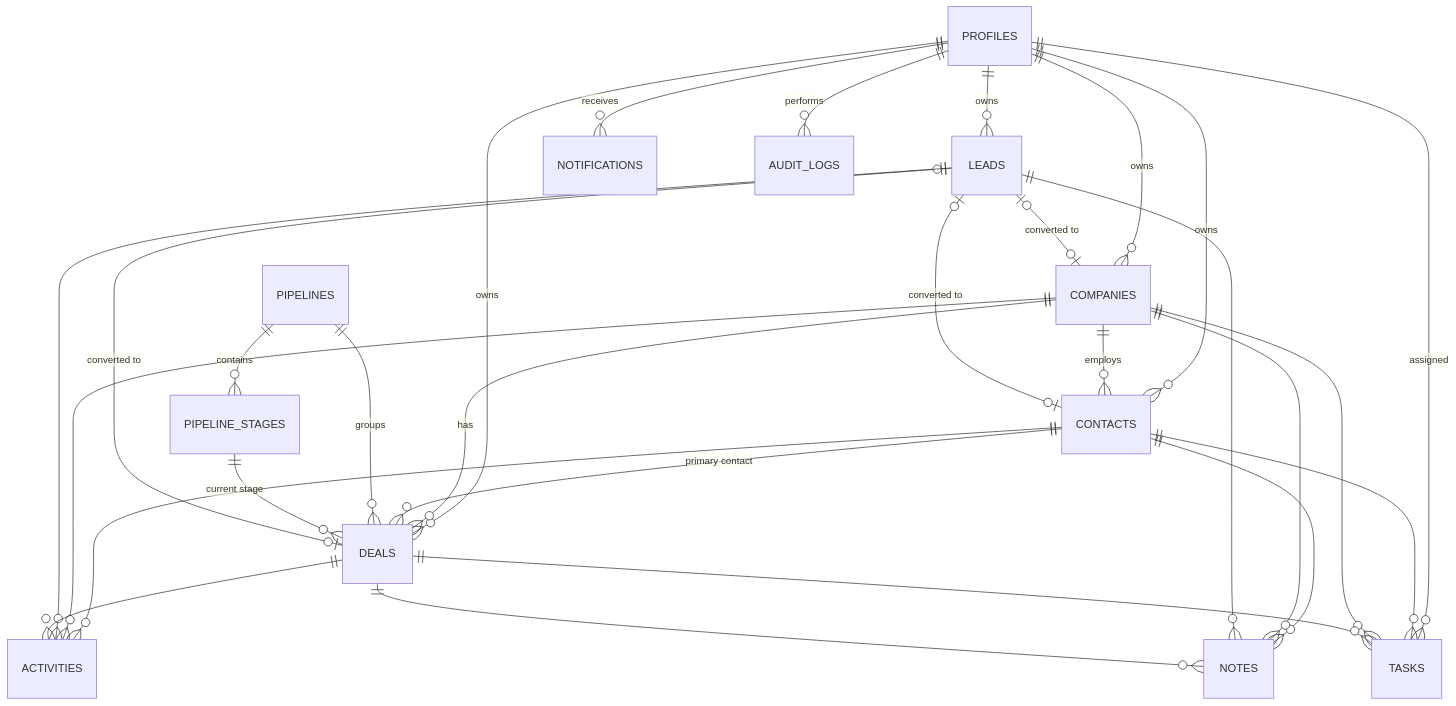
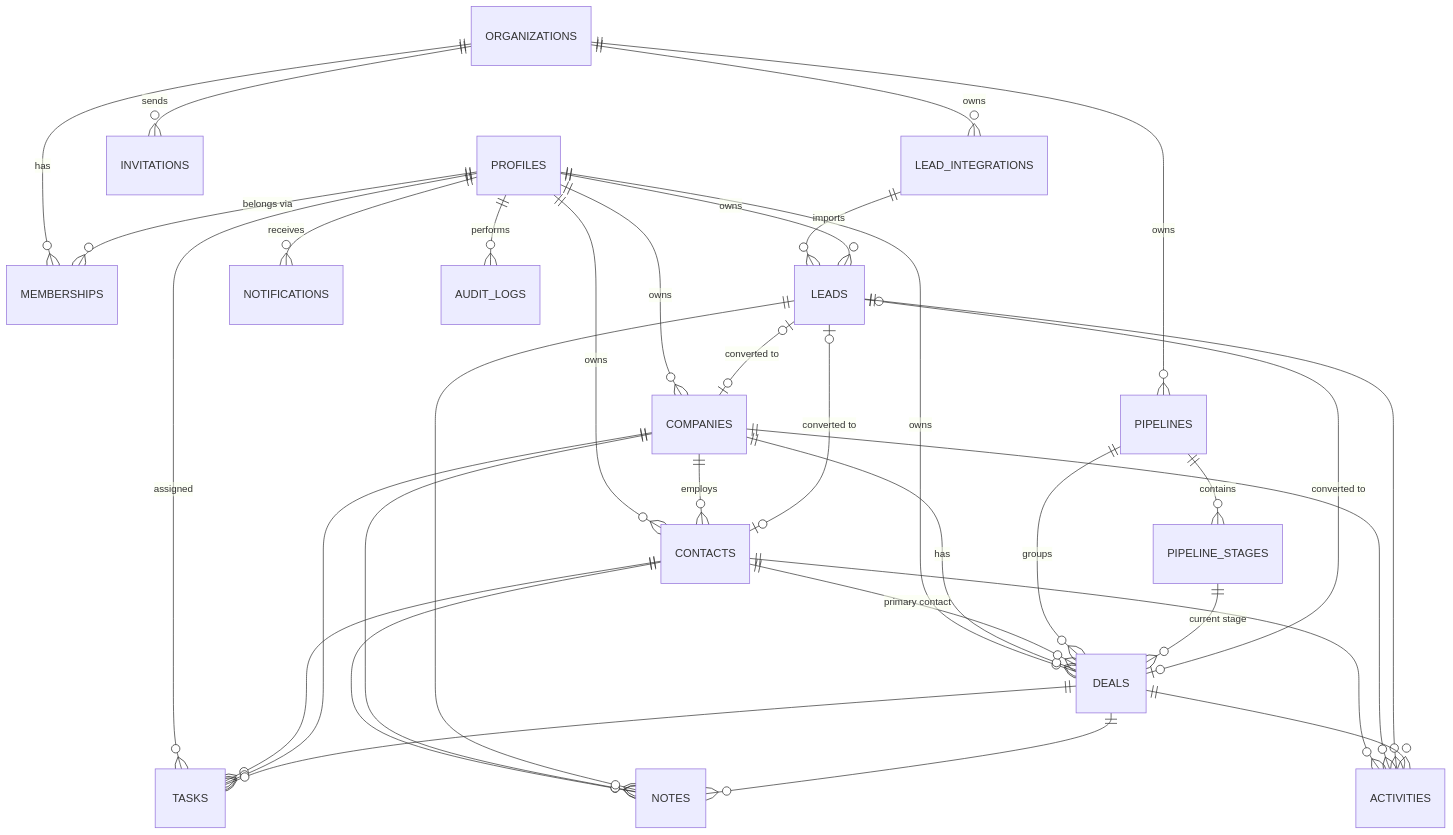
Before and after one commit to akashdabhane/nexa-crm: the diagram in docs/ARCHITECTURE.md, drawn with Mermaid. The commit also changed other lines of this file and 29 other files, not shown here.

````diff
--- a/docs/ARCHITECTURE.md
+++ b/docs/ARCHITECTURE.md
@@ -331,36 +408,43 @@
 ```mermaid
 erDiagram
+    ORGANIZATIONS ||--o{ MEMBERSHIPS : has
+    PROFILES      ||--o{ MEMBERSHIPS : "belongs via"
+    ORGANIZATIONS ||--o{ INVITATIONS : sends
+    ORGANIZATIONS ||--o{ PIPELINES : owns
+    ORGANIZATIONS ||--o{ LEAD_INTEGRATIONS : owns
+    LEAD_INTEGRATIONS ||--o{ LEADS : imports
+
     PROFILES ||--o{ COMPANIES : owns
     PROFILES ||--o{ CONTACTS : owns
     PROFILES ||--o{ LEADS : owns
     PROFILES ||--o{ DEALS : owns
     PROFILES ||--o{ TASKS : "assigned"
     PROFILES ||--o{ NOTIFICATIONS : receives
     PROFILES ||--o{ AUDIT_LOGS : performs
 
     COMPANIES ||--o{ CONTACTS : employs
     COMPANIES ||--o{ DEALS : has
     CONTACTS  ||--o{ DEALS : "primary contact"
 
     PIPELINES ||--o{ PIPELINE_STAGES : contains
     PIPELINES ||--o{ DEALS : groups
     PIPELINE_STAGES ||--o{ DEALS : "current stage"
 
     LEADS |o--o| CONTACTS : "converted to"
     LEADS |o--o| COMPANIES : "converted to"
     LEADS |o--o| DEALS : "converted to"
 
     CONTACTS  ||--o{ ACTIVITIES : ""
     COMPANIES ||--o{ ACTIVITIES : ""
     LEADS     ||--o{ ACTIVITIES : ""
     DEALS     ||--o{ ACTIVITIES : ""
 
     CONTACTS  ||--o{ NOTES : ""
     COMPANIES ||--o{ NOTES : ""
     LEADS     ||--o{ NOTES : ""
     DEALS     ||--o{ NOTES : ""
 
     CONTACTS  ||--o{ TASKS : ""
     COMPANIES ||--o{ TASKS : ""
     DEALS     ||--o{ TASKS : ""
 ```
````
